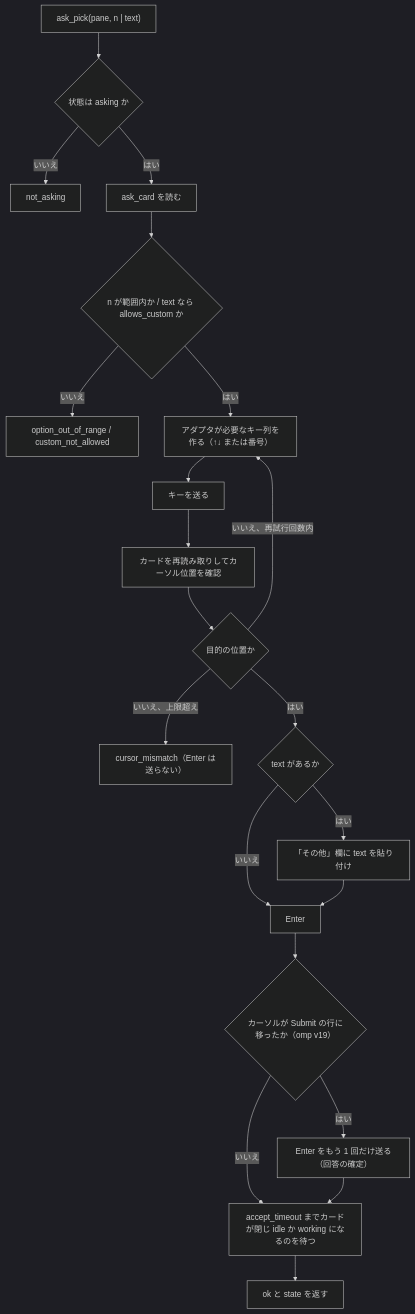
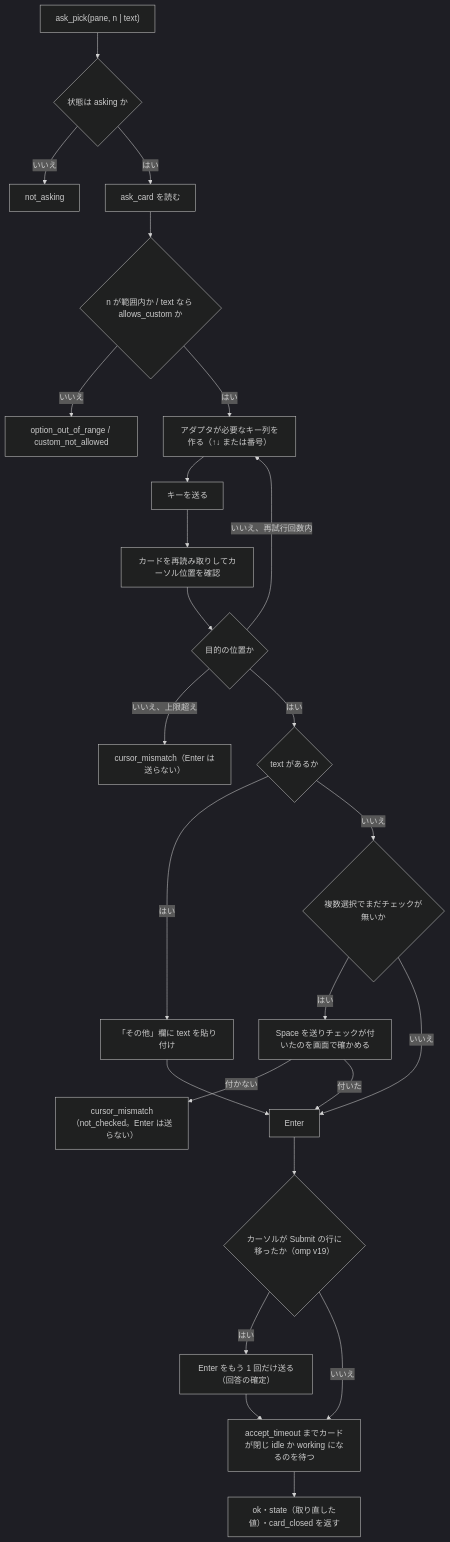
One commit to ousiassllc/swarm-console changed the diagram in docs/requirements/functional-report.md. Above: the diagram before and after it, drawn with Mermaid (dark theme). The commit also changed other lines of this file and 2 other files, not shown here.

Commit message:
docs: ask_pick のシーケンス図と flowchart を PickAsk の分岐に合わせる
Refs #142

````diff
--- a/docs/requirements/functional-report.md
+++ b/docs/requirements/functional-report.md
@@ -125,23 +125,27 @@
 ```mermaid
 flowchart TD
     A["ask_pick(pane, n | text)"] --> B{"状態は asking か"}
     B -- いいえ --> E1["not_asking"]
     B -- はい --> C["ask_card を読む"]
     C --> D{"n が範囲内か / text なら allows_custom か"}
     D -- いいえ --> E2["option_out_of_range / custom_not_allowed"]
     D -- はい --> F["アダプタが必要なキー列を作る（↑↓ または番号）"]
     F --> G["キーを送る"]
     G --> H["カードを再読み取りしてカーソル位置を確認"]
     H --> I{"目的の位置か"}
     I -- いいえ、再試行回数内 --> F
     I -- いいえ、上限超え --> E3["cursor_mismatch（Enter は送らない）"]
     I -- はい --> J{"text があるか"}
     J -- はい --> K["「その他」欄に text を貼り付け"]
-    J -- いいえ --> L["Enter"]
+    J -- いいえ --> J2{"複数選択でまだチェックが無いか"}
+    J2 -- はい --> J3["Space を送りチェックが付いたのを画面で確かめる"]
+    J2 -- いいえ --> L["Enter"]
+    J3 -- 付かない --> E4["cursor_mismatch（not_checked。Enter は送らない）"]
+    J3 -- 付いた --> L
     K --> L
     L --> L2{"カーソルが Submit の行に移ったか（omp v19）"}
     L2 -- はい --> L3["Enter をもう 1 回だけ送る（回答の確定）"]
     L2 -- いいえ --> M["accept_timeout までカードが閉じ idle か working になるのを待つ"]
     L3 --> M
-    M --> N["ok と state を返す"]
+    M --> N["ok・state（取り直した値）・card_closed を返す"]
 ```
````
